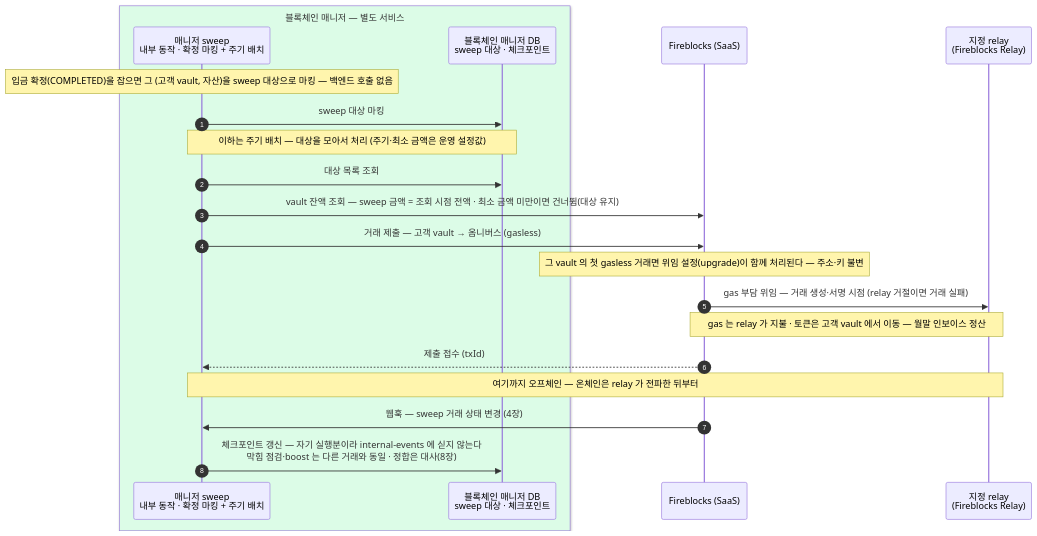
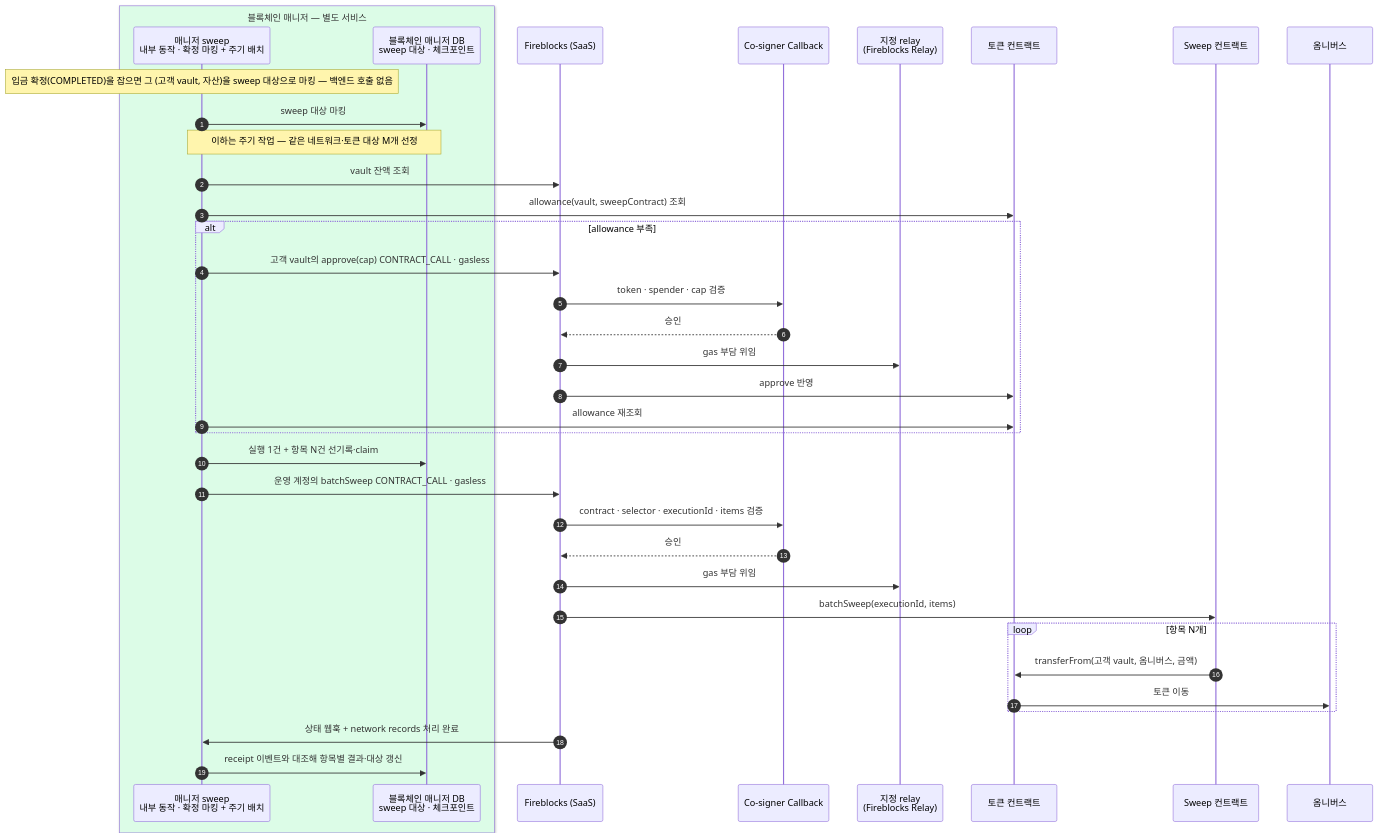
Before and after one commit to eunsujeo/eunpus: the second of 2 diagrams in blockchain-manager/docs/블록체인매니저/설계/05-deposit.md, drawn with Mermaid. The commit also changed other lines of this file and 11 other files, not shown here.

Commit message:
docs: adopt approve pull batch sweep design

````diff
--- a/blockchain-manager/docs/블록체인매니저/설계/05-deposit.md
+++ b/blockchain-manager/docs/블록체인매니저/설계/05-deposit.md
@@ -84,24 +84,40 @@
 ```mermaid
 sequenceDiagram
     autonumber
     box rgb(220,252,231) 블록체인 매니저 — 별도 서비스
     participant BM as 매니저 sweep<br/>내부 동작 · 확정 마킹 + 주기 배치
     participant MDB as 블록체인 매니저 DB<br/>sweep 대상 · 체크포인트
     end
     participant FB as Fireblocks (SaaS)
+    participant CB as Co-signer Callback
     participant RL as 지정 relay<br/>(Fireblocks Relay)
+    participant TKN as 토큰 컨트랙트
+    participant SWC as Sweep 컨트랙트
+    participant OMN as 옴니버스
 
     Note over BM: 입금 확정(COMPLETED)을 잡으면 그 (고객 vault, 자산)을 sweep 대상으로 마킹 — 백엔드 호출 없음
     BM->>MDB: sweep 대상 마킹
-    Note over BM,MDB: 이하는 주기 배치 — 대상을 모아서 처리 (주기·최소 금액은 운영 설정값)
-    BM->>MDB: 대상 목록 조회
-    BM->>FB: vault 잔액 조회 — sweep 금액 = 조회 시점 전액 · 최소 금액 미만이면 건너뜀(대상 유지)
-    BM->>FB: 거래 제출 — 고객 vault → 옴니버스 (gasless)
-    Note over FB: 그 vault 의 첫 gasless 거래면 위임 설정(upgrade)이 함께 처리된다 — 주소·키 불변
-    FB->>RL: gas 부담 위임 — 거래 생성·서명 시점 (relay 거절이면 거래 실패)
-    Note over FB,RL: gas 는 relay 가 지불 · 토큰은 고객 vault 에서 이동 — 월말 인보이스 정산
-    FB-->>BM: 제출 접수 (txId)
-    Note over BM,RL: 여기까지 오프체인 — 온체인은 relay 가 전파한 뒤부터
-    FB->>BM: 웹훅 — sweep 거래 상태 변경 (4장)
-    BM->>MDB: 체크포인트 갱신 — 자기 실행분이라 internal-events 에 싣지 않는다<br/>막힘 점검·boost 는 다른 거래와 동일 · 정합은 대사(8장)
+    Note over BM,MDB: 이하는 주기 작업 — 같은 네트워크·토큰 대상 M개 선정
+    BM->>FB: vault 잔액 조회
+    BM->>TKN: allowance(vault, sweepContract) 조회
+    alt allowance 부족
+      BM->>FB: 고객 vault의 approve(cap) CONTRACT_CALL · gasless
+      FB->>CB: token · spender · cap 검증
+      CB-->>FB: 승인
+      FB->>RL: gas 부담 위임
+      FB->>TKN: approve 반영
+      BM->>TKN: allowance 재조회
+    end
+    BM->>MDB: 실행 1건 + 항목 N건 선기록·claim
+    BM->>FB: 운영 계정의 batchSweep CONTRACT_CALL · gasless
+    FB->>CB: contract · selector · executionId · items 검증
+    CB-->>FB: 승인
+    FB->>RL: gas 부담 위임
+    FB->>SWC: batchSweep(executionId, items)
+    loop 항목 N개
+      SWC->>TKN: transferFrom(고객 vault, 옴니버스, 금액)
+      TKN->>OMN: 토큰 이동
+    end
+    FB->>BM: 상태 웹훅 + network records 처리 완료
+    BM->>MDB: receipt 이벤트와 대조해 항목별 결과·대상 갱신
 ```
````
